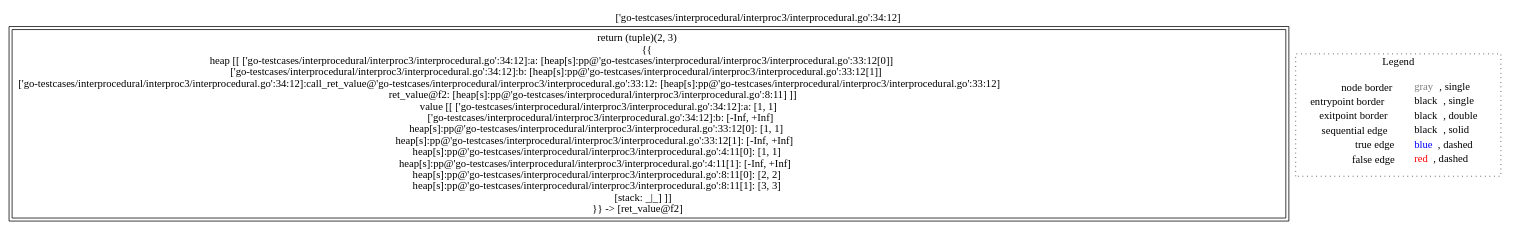
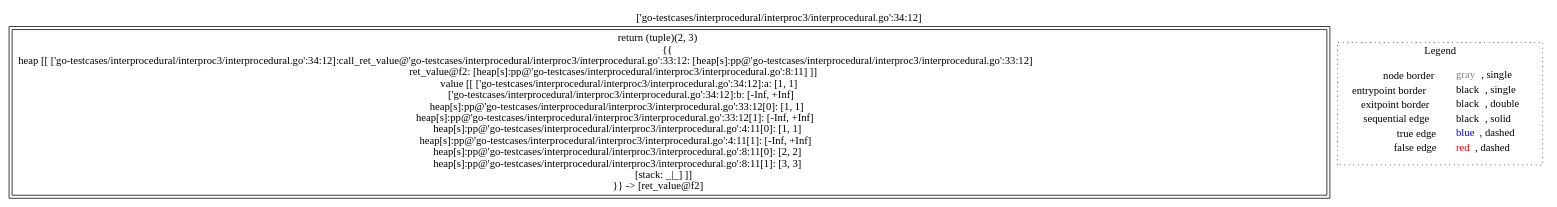
The diagram in go-lisa/go-testcases/interprocedural/interproc3/analysis___-569521900_[int__,_int__]_main.f2().dot (lisa-analyzer/go-lisa), drawn with Graphviz before and after one commit. The commit also changed 12 other files, not shown here.

```diff
--- a/go-lisa/go-testcases/interprocedural/interproc3/analysis___-569521900_[int__,_int__]_main.f2().dot
+++ b/go-lisa/go-testcases/interprocedural/interproc3/analysis___-569521900_[int__,_int__]_main.f2().dot
@@ -1,12 +1,12 @@
 digraph {
 	labelloc="t";
 	label="['go-testcases/interprocedural/interproc3/interprocedural.go':34:12]";
-	"node0" [shape="rect",color="black",peripheries="2",label=<return (tuple)(2, 3)<BR/>{{<BR/>heap [[ ['go-testcases/interprocedural/interproc3/interprocedural.go':34:12]:a: [heap[s]:pp@'go-testcases/interprocedural/interproc3/interprocedural.go':33:12[0]]<BR/>['go-testcases/interprocedural/interproc3/interprocedural.go':34:12]:b: [heap[s]:pp@'go-testcases/interprocedural/interproc3/interprocedural.go':33:12[1]]<BR/>['go-testcases/interprocedural/interproc3/interprocedural.go':34:12]:call_ret_value@'go-testcases/interprocedural/interproc3/interprocedural.go':33:12: [heap[s]:pp@'go-testcases/interprocedural/interproc3/interprocedural.go':33:12]<BR/>ret_value@f2: [heap[s]:pp@'go-testcases/interprocedural/interproc3/interprocedural.go':8:11] ]]<BR/>value [[ ['go-testcases/interprocedural/interproc3/interprocedural.go':34:12]:a: [1, 1]<BR/>['go-testcases/interprocedural/interproc3/interprocedural.go':34:12]:b: [-Inf, +Inf]<BR/>heap[s]:pp@'go-testcases/interprocedural/interproc3/interprocedural.go':33:12[0]: [1, 1]<BR/>heap[s]:pp@'go-testcases/interprocedural/interproc3/interprocedural.go':33:12[1]: [-Inf, +Inf]<BR/>heap[s]:pp@'go-testcases/interprocedural/interproc3/interprocedural.go':4:11[0]: [1, 1]<BR/>heap[s]:pp@'go-testcases/interprocedural/interproc3/interprocedural.go':4:11[1]: [-Inf, +Inf]<BR/>heap[s]:pp@'go-testcases/interprocedural/interproc3/interprocedural.go':8:11[0]: [2, 2]<BR/>heap[s]:pp@'go-testcases/interprocedural/interproc3/interprocedural.go':8:11[1]: [3, 3]<BR/>[stack: _|_] ]]<BR/>}} -&gt; [ret_value@f2]>];
+	"node0" [shape="rect",color="black",peripheries="2",label=<return (tuple)(2, 3)<BR/>{{<BR/>heap [[ ['go-testcases/interprocedural/interproc3/interprocedural.go':34:12]:call_ret_value@'go-testcases/interprocedural/interproc3/interprocedural.go':33:12: [heap[s]:pp@'go-testcases/interprocedural/interproc3/interprocedural.go':33:12]<BR/>ret_value@f2: [heap[s]:pp@'go-testcases/interprocedural/interproc3/interprocedural.go':8:11] ]]<BR/>value [[ ['go-testcases/interprocedural/interproc3/interprocedural.go':34:12]:a: [1, 1]<BR/>['go-testcases/interprocedural/interproc3/interprocedural.go':34:12]:b: [-Inf, +Inf]<BR/>heap[s]:pp@'go-testcases/interprocedural/interproc3/interprocedural.go':33:12[0]: [1, 1]<BR/>heap[s]:pp@'go-testcases/interprocedural/interproc3/interprocedural.go':33:12[1]: [-Inf, +Inf]<BR/>heap[s]:pp@'go-testcases/interprocedural/interproc3/interprocedural.go':4:11[0]: [1, 1]<BR/>heap[s]:pp@'go-testcases/interprocedural/interproc3/interprocedural.go':4:11[1]: [-Inf, +Inf]<BR/>heap[s]:pp@'go-testcases/interprocedural/interproc3/interprocedural.go':8:11[0]: [2, 2]<BR/>heap[s]:pp@'go-testcases/interprocedural/interproc3/interprocedural.go':8:11[1]: [3, 3]<BR/>[stack: _|_] ]]<BR/>}} -&gt; [ret_value@f2]>];
 subgraph cluster_legend {
 	label="Legend";
 	style=dotted;
 	node [shape=plaintext];
 	"legend" [label=<<table border="0" cellpadding="2" cellspacing="0" cellborder="0"><tr><td align="right">node border&nbsp;</td><td align="left"><font color="gray">gray</font>, single</td></tr><tr><td align="right">entrypoint border&nbsp;</td><td align="left"><font color="black">black</font>, single</td></tr><tr><td align="right">exitpoint border&nbsp;</td><td align="left"><font color="black">black</font>, double</td></tr><tr><td align="right">sequential edge&nbsp;</td><td align="left"><font color="black">black</font>, solid</td></tr><tr><td align="right">true edge&nbsp;</td><td align="left"><font color="blue">blue</font>, dashed</td></tr><tr><td align="right">false edge&nbsp;</td><td align="left"><font color="red">red</font>, dashed</td></tr></table>>];
 }
 
 }
```
